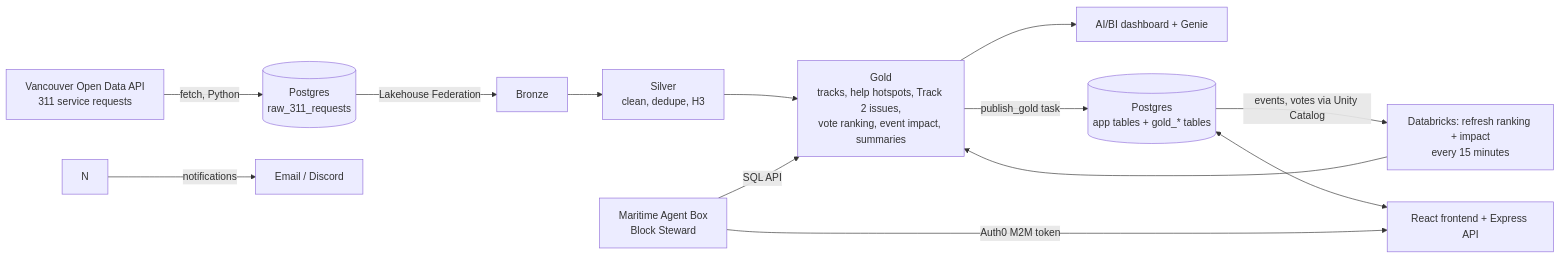
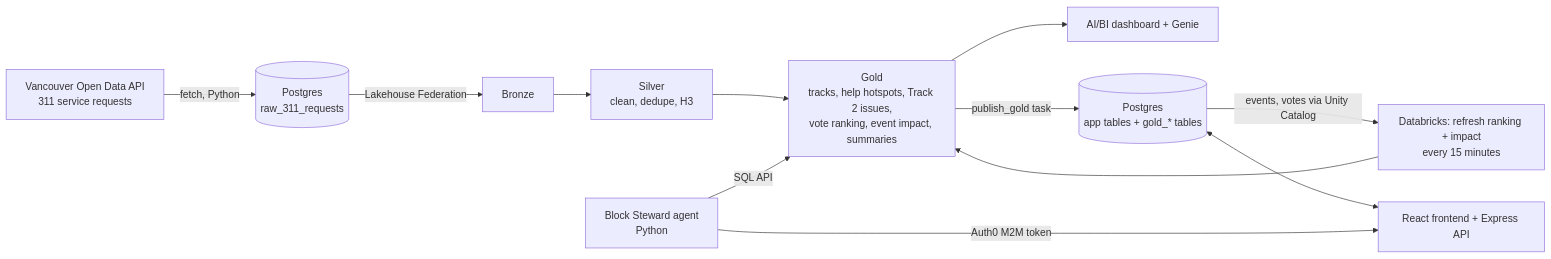
Before and after one commit to bg-06/HackCamp-2026: the second of 2 diagrams in plan.md, drawn with Mermaid. The commit also changed other lines of this file and 3 other files, not shown here.

````diff
--- a/plan.md
+++ b/plan.md
@@ -252,15 +250,14 @@
 ```mermaid
 flowchart LR
     A[Vancouver Open Data API<br/>311 service requests] -->|fetch, Python| PR[(Postgres<br/>raw_311_requests)]
     PR -->|Lakehouse Federation| C[Bronze]
     C --> D[Silver<br/>clean, dedupe, H3]
     D --> E[Gold<br/>tracks, help hotspots, Track 2 issues,<br/>vote ranking, event impact, summaries]
     E --> M[AI/BI dashboard + Genie]
     E -->|publish_gold task| P[(Postgres<br/>app tables + gold_* tables)]
     P -->|events, votes via Unity Catalog| R[Databricks: refresh ranking + impact<br/>every 15 minutes]
     P <--> F[React frontend + Express API]
     R --> E
-    S[Maritime Agent Box<br/>Block Steward] -->|Auth0 M2M token| F
+    S[Block Steward agent<br/>Python] -->|Auth0 M2M token| F
     S -->|SQL API| E
-    N -->|notifications| X[Email / Discord]
 ```
````
